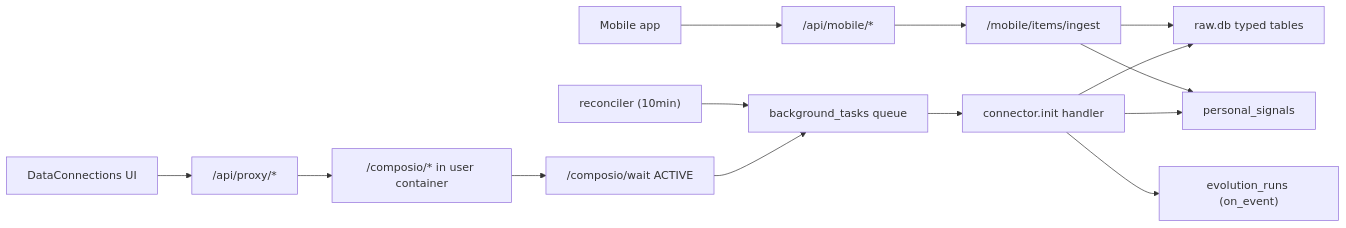
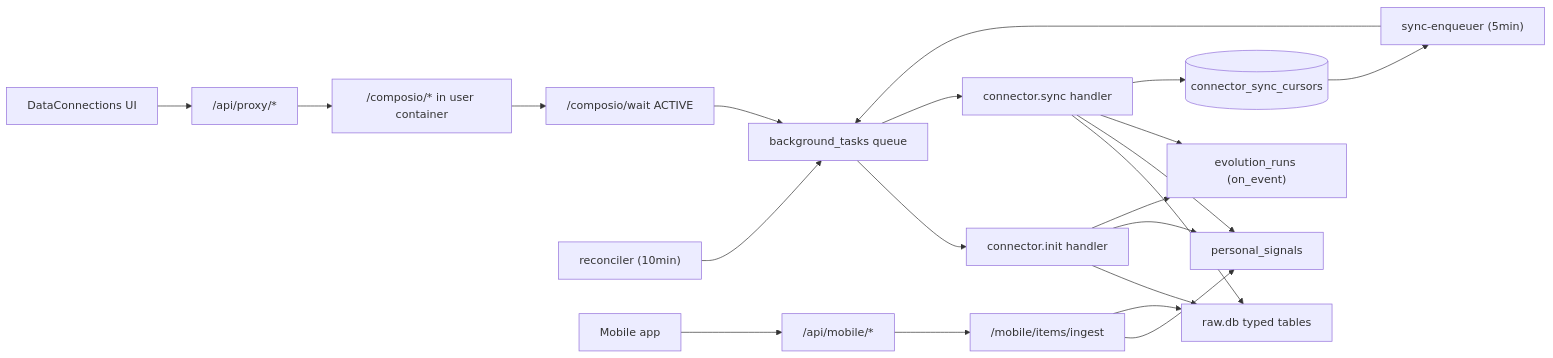
Before and after one commit to Edge-AI-HQ/proactive-assistant: the first of 4 diagrams in docs/modules/data-connectors.mdx, drawn with Mermaid. The commit also changed other lines of this file and 10 other files, not shown here.

````diff
--- a/docs/modules/data-connectors.mdx
+++ b/docs/modules/data-connectors.mdx
@@ -16,16 +16,23 @@
 ```mermaid
 flowchart LR
   UI["DataConnections UI"] --> Proxy["/api/proxy/*"]
   Proxy --> Composio["/composio/* in user container"]
   Composio --> Wait["/composio/wait ACTIVE"]
   Wait --> Tasks["background_tasks queue"]
   Recon["reconciler (10min)"] --> Tasks
-  Tasks --> Handler["connector.init handler"]
-  Handler --> Raw["raw.db typed tables"]
-  Handler --> PS["personal_signals"]
-  Handler --> Evo["evolution_runs (on_event)"]
+  SyncEnq["sync-enqueuer (5min)"] --> Tasks
+  Cursors[("connector_sync_cursors")] --> SyncEnq
+  Tasks --> InitH["connector.init handler"]
+  Tasks --> SyncH["connector.sync handler"]
+  InitH --> Raw["raw.db typed tables"]
+  InitH --> PS["personal_signals"]
+  InitH --> Evo["evolution_runs (on_event)"]
+  SyncH --> Raw
+  SyncH --> PS
+  SyncH --> Evo
+  SyncH --> Cursors
   Mobile["Mobile app"] --> MobileProxy["/api/mobile/*"]
   MobileProxy --> MobileRoute["/mobile/items/ingest"]
   MobileRoute --> PS
   MobileRoute --> Raw
 ```
````
